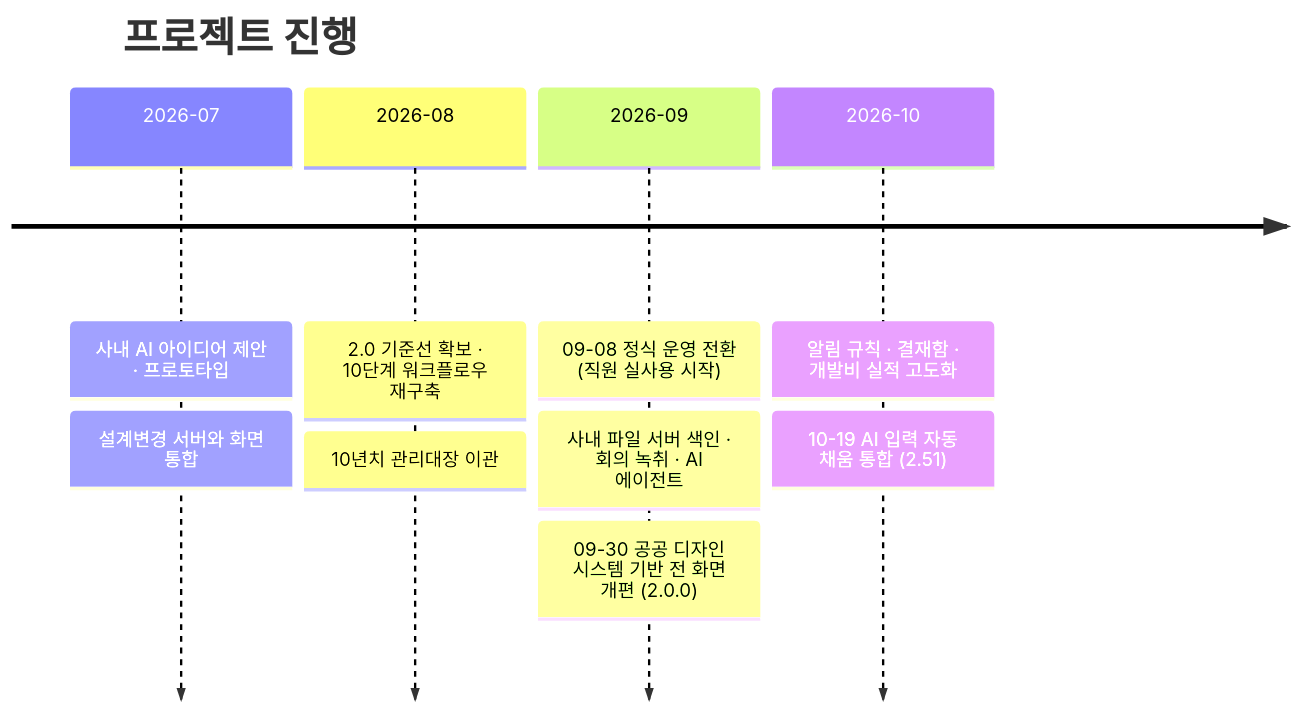
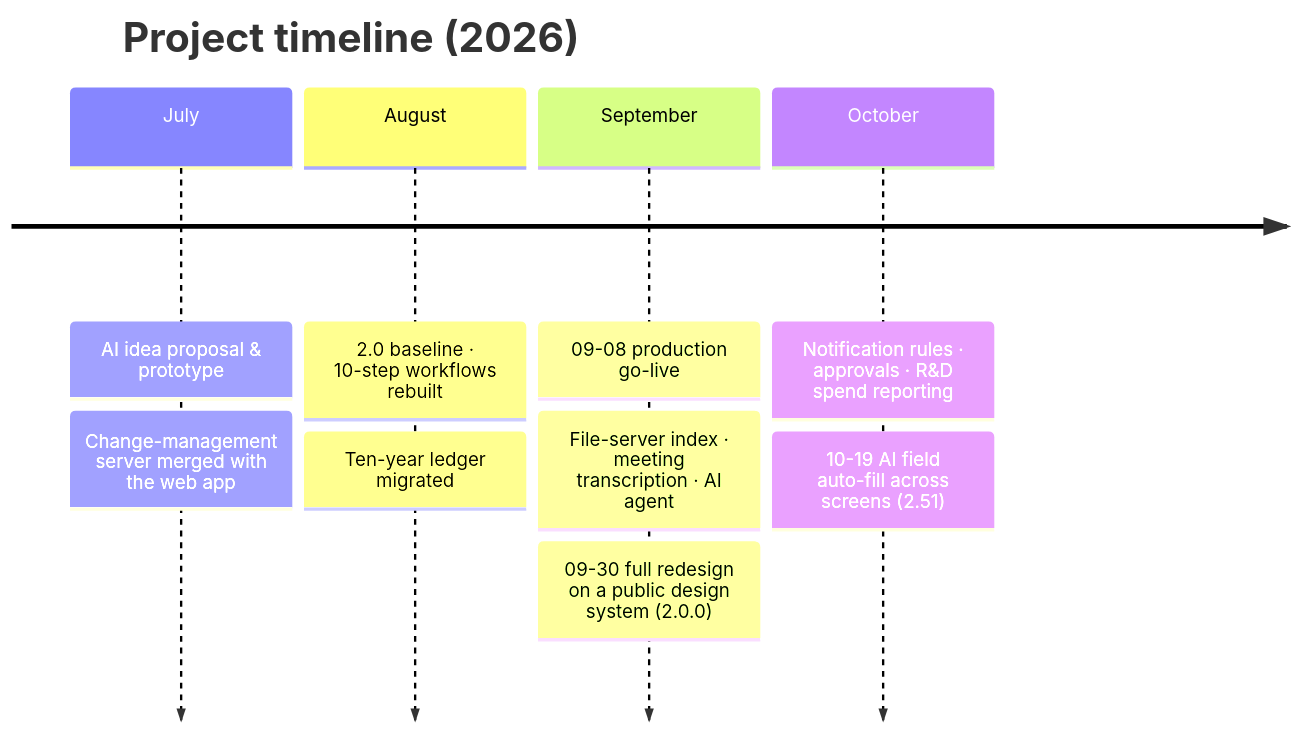
Before and after one commit to hupositoc/product-lifecycle-platform: the third of 3 diagrams in README.md, drawn with Mermaid. The commit also changed other lines of this file and 14 other files, not shown here.

````diff
--- a/README.md
+++ b/README.md
@@ -312,13 +314,13 @@
 ```mermaid
 timeline
-    title 프로젝트 진행
-    2026-07 : 사내 AI 아이디어 제안 · 프로토타입
-            : 설계변경 서버와 화면 통합
-    2026-08 : 2.0 기준선 확보 · 10단계 워크플로우 재구축
-            : 10년치 관리대장 이관
-    2026-09 : 09-08 정식 운영 전환 (직원 실사용 시작)
-            : 사내 파일 서버 색인 · 회의 녹취 · AI 에이전트
-            : 09-30 공공 디자인 시스템 기반 전 화면 개편 (2.0.0)
-    2026-10 : 알림 규칙 · 결재함 · 개발비 실적 고도화
-            : 10-19 AI 입력 자동 채움 통합 (2.51)
+    title Project timeline (2026)
+    July : AI idea proposal & prototype
+         : Change-management server merged with the web app
+    August : 2.0 baseline · 10-step workflows rebuilt
+           : Ten-year ledger migrated
+    September : 09-08 production go-live
+              : File-server index · meeting transcription · AI agent
+              : 09-30 full redesign on a public design system (2.0.0)
+    October : Notification rules · approvals · R&D spend reporting
+            : 10-19 AI field auto-fill across screens (2.51)
 ```
````
